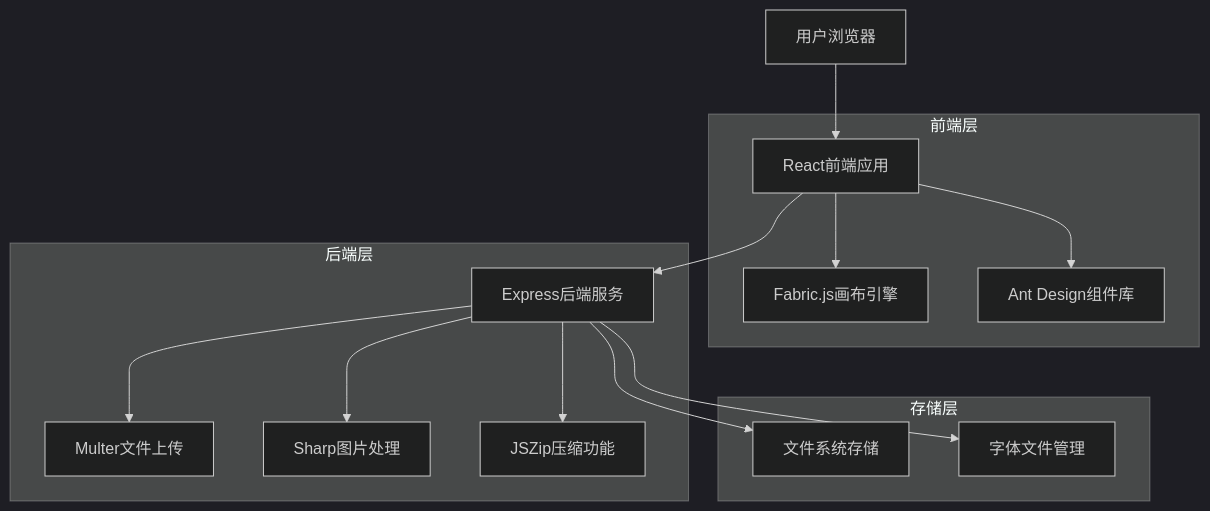
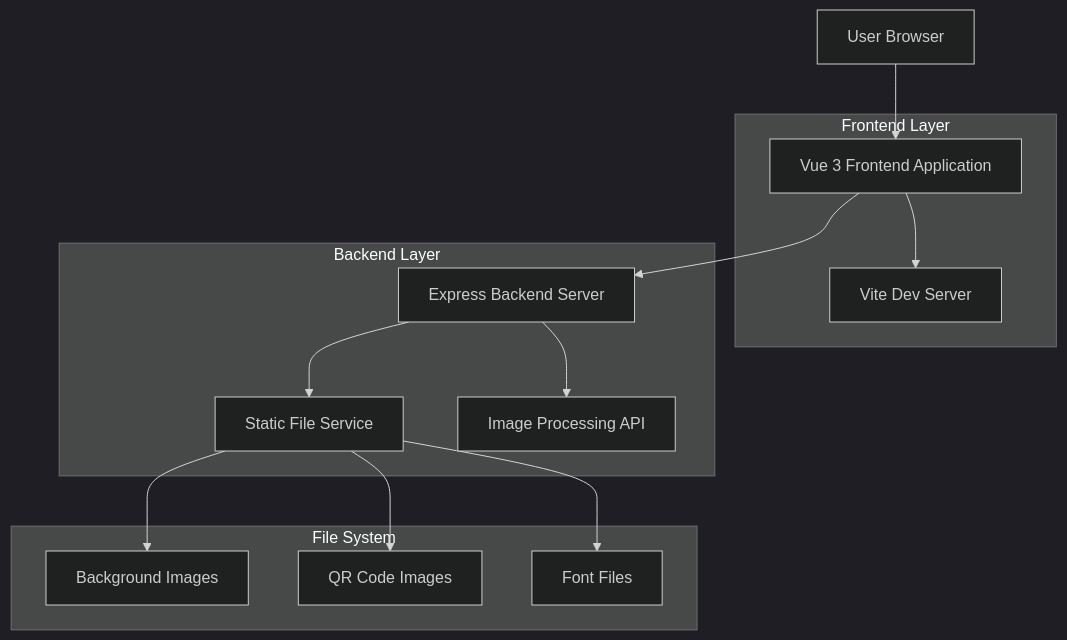
One commit to superworld213/esay-image changed the first of 3 diagrams in .trae/documents/technical_architecture.md. Above: the diagram before and after it, drawn with Mermaid (dark theme). The commit also changed other lines of this file and 6320 other files, not shown here.

````diff
--- a/.trae/documents/technical_architecture.md
+++ b/.trae/documents/technical_architecture.md
@@ -5,31 +3,29 @@
 ```mermaid
 graph TD
-  A[用户浏览器] --> B[React前端应用]
-  B --> C[Express后端服务]
-  C --> D[文件系统存储]
-  C --> E[字体文件管理]
+  A[User Browser] --> B[Vue 3 Frontend Application]
+  B --> C[Vite Dev Server]
+  B --> D[Express Backend Server]
+  D --> E[Static File Service]
+  D --> F[Image Processing API]
   
-  subgraph "前端层"
+  subgraph "Frontend Layer"
     B
-    F[Fabric.js画布引擎]
-    G[Ant Design组件库]
+    C
   end
   
-  subgraph "后端层"
-    C
-    H[Multer文件上传]
-    I[Sharp图片处理]
-    J[JSZip压缩功能]
+  subgraph "Backend Layer"
+    D
+    E
+    F
   end
   
-  subgraph "存储层"
-    D
-    E
+  subgraph "File System"
+    G[Background Images]
+    H[QR Code Images]
+    I[Font Files]
   end
   
-  B --> F
-  B --> G
-  C --> H
-  C --> I
-  C --> J
+  E --> G
+  E --> H
+  E --> I
 ```
````
